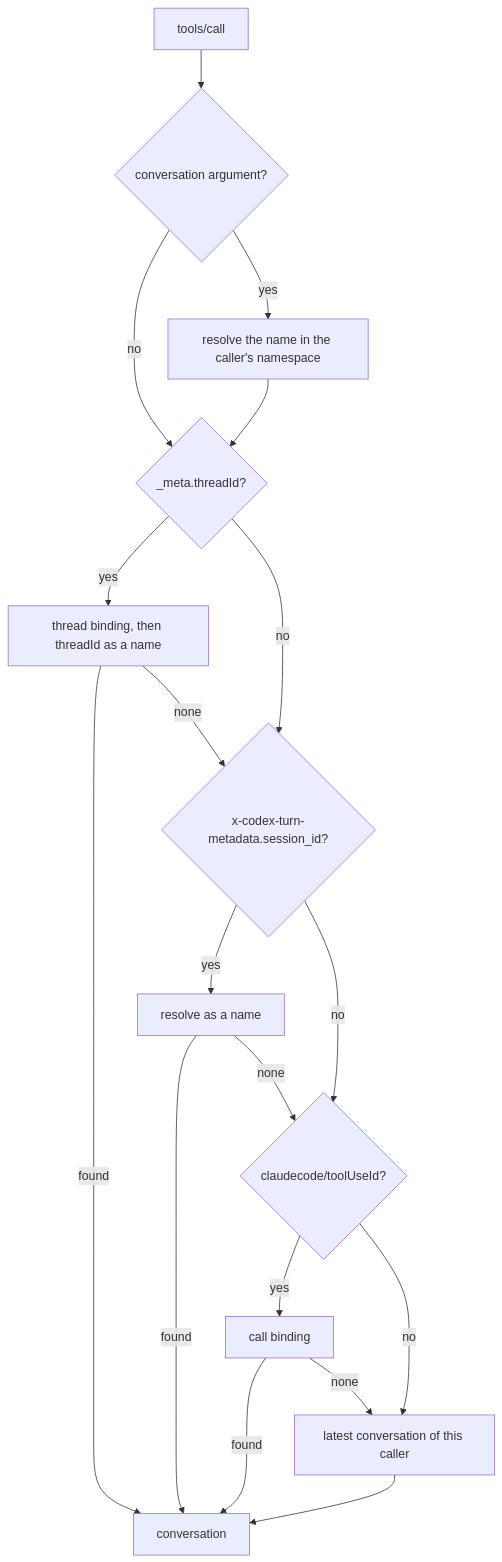
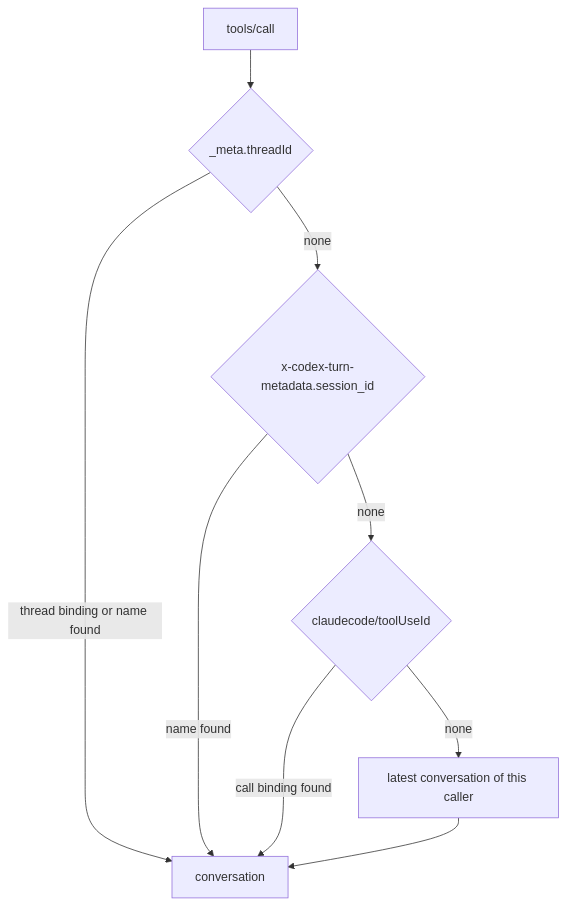
The diagram in docs/src/concepts/mcp.md (ryanolson/roundhouse), drawn with Mermaid before and after one commit. The commit also changed other lines of this file and 29 other files, not shown here.

````diff
--- a/docs/src/concepts/mcp.md
+++ b/docs/src/concepts/mcp.md
@@ -72,20 +66,11 @@
 ```mermaid
 flowchart TD
-    A[tools/call] --> B{conversation argument?}
-    B -- yes --> B1[resolve the name in the caller's namespace]
-    B -- no --> C
-    B1 --> C{_meta.threadId?}
-    C -- yes --> C1[thread binding, then threadId as a name]
-    C1 -- found --> Z[conversation]
-    C1 -- none --> D
-    C -- no --> D{x-codex-turn-metadata.session_id?}
-    D -- yes --> D1[resolve as a name]
-    D1 -- found --> Z
-    D1 -- none --> E
-    D -- no --> E{claudecode/toolUseId?}
-    E -- yes --> E1[call binding]
-    E1 -- found --> Z
-    E1 -- none --> F
-    E -- no --> F[latest conversation of this caller]
+    A[tools/call] --> B{_meta.threadId}
+    B -- thread binding or name found --> Z[conversation]
+    B -- none --> C{x-codex-turn-metadata.session_id}
+    C -- name found --> Z
+    C -- none --> D{claudecode/toolUseId}
+    D -- call binding found --> Z
+    D -- none --> F[latest conversation of this caller]
     F --> Z
 ```
````
